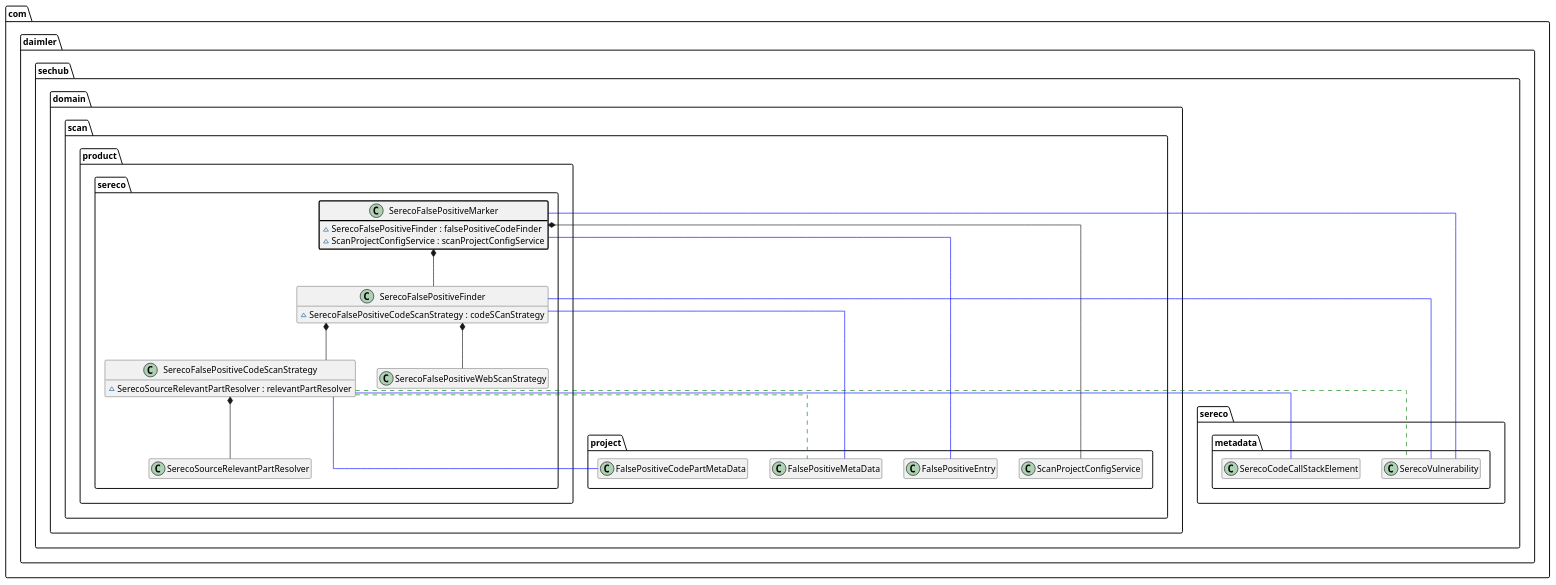
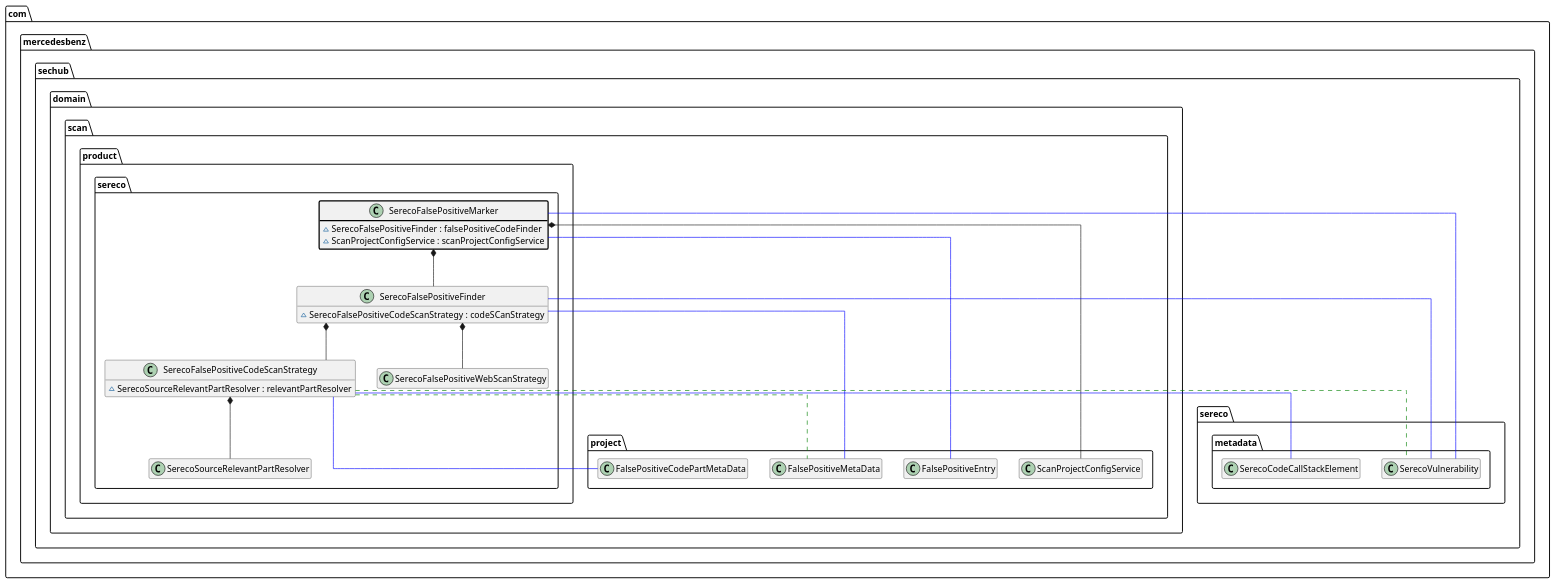
The diagram in sechub-doc/src/docs/asciidoc/diagrams/diagram_falsepositives_runtime_overview.puml (mercedes-benz/sechub), drawn with PlantUML before and after one commit. The commit also changed 3801 other files, not shown here.

First line of the commit message:
Renamed package com.daimler to com.mercedesbenz #999

```diff
--- a/sechub-doc/src/docs/asciidoc/diagrams/diagram_falsepositives_runtime_overview.puml
+++ b/sechub-doc/src/docs/asciidoc/diagrams/diagram_falsepositives_runtime_overview.puml
@@ -1,40 +1,40 @@
 @startuml
 skinparam linetype ortho
 hide empty methods
 hide empty fields
-package com.daimler.sechub.domain.scan.product.sereco{
-'com.daimler.sechub.domain.scan.product.sereco.SerecoFalsePositiveMarker
+package com.mercedesbenz.sechub.domain.scan.product.sereco{
+'com.mercedesbenz.sechub.domain.scan.product.sereco.SerecoFalsePositiveMarker
    class SerecoFalsePositiveMarker ##[bold]black {
     ~SerecoFalsePositiveFinder : falsePositiveCodeFinder
     ~ScanProjectConfigService : scanProjectConfigService
   }
   SerecoFalsePositiveMarker *-- SerecoFalsePositiveFinder
-  SerecoFalsePositiveMarker -[#blue]- com.daimler.sechub.domain.scan.project.FalsePositiveEntry
-  SerecoFalsePositiveMarker *-- com.daimler.sechub.domain.scan.project.ScanProjectConfigService
-  SerecoFalsePositiveMarker -[#blue]- com.daimler.sechub.sereco.metadata.SerecoVulnerability
-'com.daimler.sechub.domain.scan.product.sereco.SerecoFalsePositiveFinder
+  SerecoFalsePositiveMarker -[#blue]- com.mercedesbenz.sechub.domain.scan.project.FalsePositiveEntry
+  SerecoFalsePositiveMarker *-- com.mercedesbenz.sechub.domain.scan.project.ScanProjectConfigService
+  SerecoFalsePositiveMarker -[#blue]- com.mercedesbenz.sechub.sereco.metadata.SerecoVulnerability
+'com.mercedesbenz.sechub.domain.scan.product.sereco.SerecoFalsePositiveFinder
    class SerecoFalsePositiveFinder{
     ~SerecoFalsePositiveCodeScanStrategy : codeSCanStrategy
   }
   SerecoFalsePositiveFinder *-- SerecoFalsePositiveCodeScanStrategy
   SerecoFalsePositiveFinder *-- SerecoFalsePositiveWebScanStrategy
-  SerecoFalsePositiveFinder -[#blue]- com.daimler.sechub.domain.scan.project.FalsePositiveMetaData
-  SerecoFalsePositiveFinder -[#blue]- com.daimler.sechub.sereco.metadata.SerecoVulnerability
-'com.daimler.sechub.domain.scan.product.sereco.SerecoFalsePositiveCodeScanStrategy
+  SerecoFalsePositiveFinder -[#blue]- com.mercedesbenz.sechub.domain.scan.project.FalsePositiveMetaData
+  SerecoFalsePositiveFinder -[#blue]- com.mercedesbenz.sechub.sereco.metadata.SerecoVulnerability
+'com.mercedesbenz.sechub.domain.scan.product.sereco.SerecoFalsePositiveCodeScanStrategy
    class SerecoFalsePositiveCodeScanStrategy{
     ~SerecoSourceRelevantPartResolver : relevantPartResolver
   }
   SerecoFalsePositiveCodeScanStrategy *-- SerecoSourceRelevantPartResolver
-  SerecoFalsePositiveCodeScanStrategy -[#blue]- com.daimler.sechub.domain.scan.project.FalsePositiveCodePartMetaData
-  SerecoFalsePositiveCodeScanStrategy .[#green]. com.daimler.sechub.domain.scan.project.FalsePositiveMetaData
-  SerecoFalsePositiveCodeScanStrategy -[#blue]- com.daimler.sechub.sereco.metadata.SerecoCodeCallStackElement
-  SerecoFalsePositiveCodeScanStrategy .[#green]. com.daimler.sechub.sereco.metadata.SerecoVulnerability
-'com.daimler.sechub.domain.scan.product.sereco.SerecoSourceRelevantPartResolver
+  SerecoFalsePositiveCodeScanStrategy -[#blue]- com.mercedesbenz.sechub.domain.scan.project.FalsePositiveCodePartMetaData
+  SerecoFalsePositiveCodeScanStrategy .[#green]. com.mercedesbenz.sechub.domain.scan.project.FalsePositiveMetaData
+  SerecoFalsePositiveCodeScanStrategy -[#blue]- com.mercedesbenz.sechub.sereco.metadata.SerecoCodeCallStackElement
+  SerecoFalsePositiveCodeScanStrategy .[#green]. com.mercedesbenz.sechub.sereco.metadata.SerecoVulnerability
+'com.mercedesbenz.sechub.domain.scan.product.sereco.SerecoSourceRelevantPartResolver
    class SerecoSourceRelevantPartResolver{
   }
    class SerecoFalsePositiveWebScanStrategy{
     
   }
 }
 
 @enduml
```
